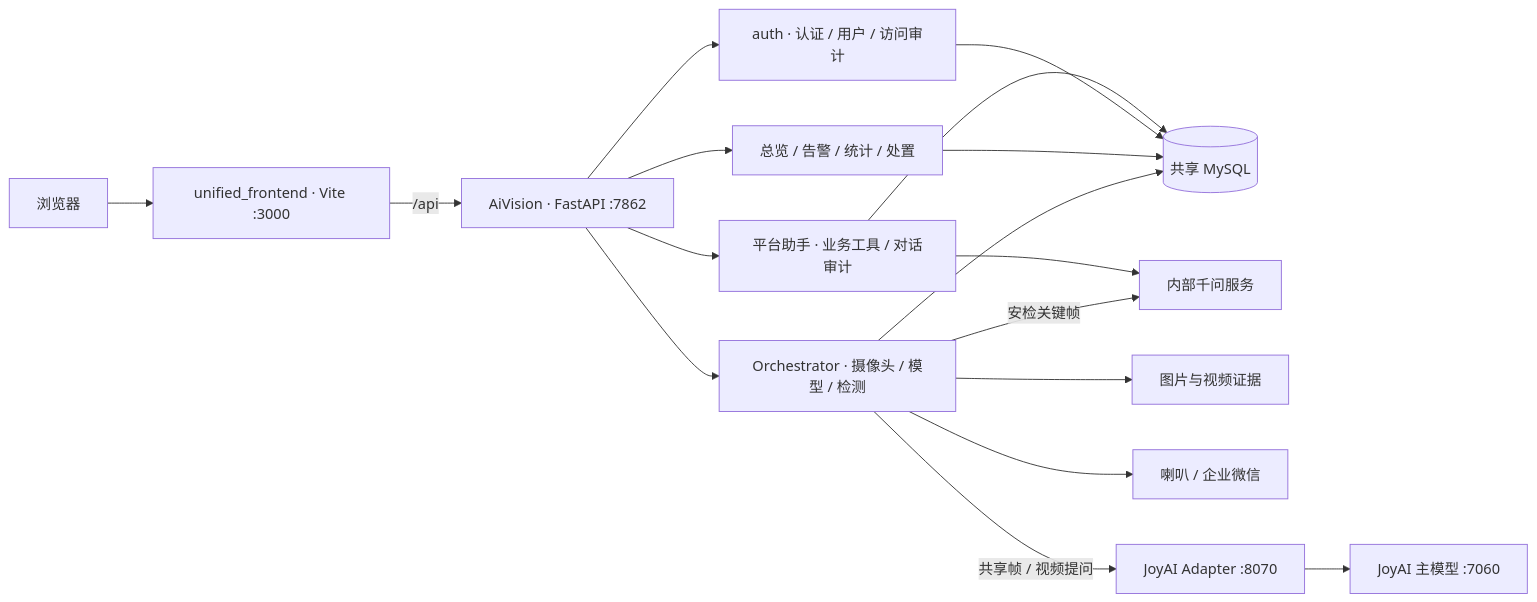
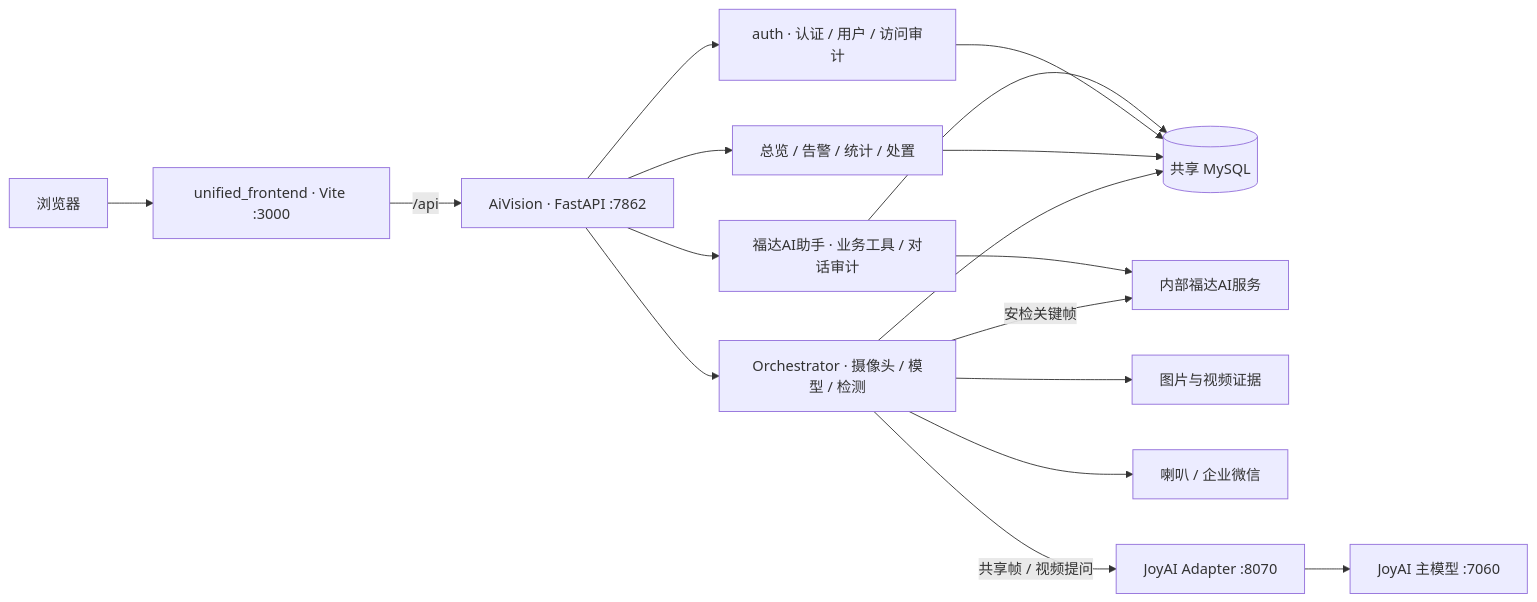
Before and after one commit to asmellperson/CVproject1: the diagram in README.md, drawn with Mermaid. The commit also changed other lines of this file and 30 other files, not shown here.

````diff
--- a/README.md
+++ b/README.md
@@ -9,19 +9,19 @@
 ```mermaid
 flowchart LR
     Browser[浏览器] --> Frontend[unified_frontend · Vite :3000]
     Frontend -->|/api| API[AiVision · FastAPI :7862]
     API --> Auth[auth · 认证 / 用户 / 访问审计]
     API --> Runtime[Orchestrator · 摄像头 / 模型 / 检测]
     API --> Records[总览 / 告警 / 统计 / 处置]
-    API --> Assistant[平台助手 · 业务工具 / 对话审计]
+    API --> Assistant[福达AI助手 · 业务工具 / 对话审计]
     Assistant --> DB
     Assistant --> Qwen
     Auth --> DB[(共享 MySQL)]
     Records --> DB
     Runtime --> DB
     Runtime --> Media[图片与视频证据]
     Runtime --> Notify[喇叭 / 企业微信]
-    Runtime -->|安检关键帧| Qwen[内部千问服务]
+    Runtime -->|安检关键帧| Qwen[内部福达AI服务]
     Runtime -->|共享帧 / 视频提问| JoyAdapter[JoyAI Adapter :8070]
     JoyAdapter --> JoyAI[JoyAI 主模型 :7060]
 ```
````
